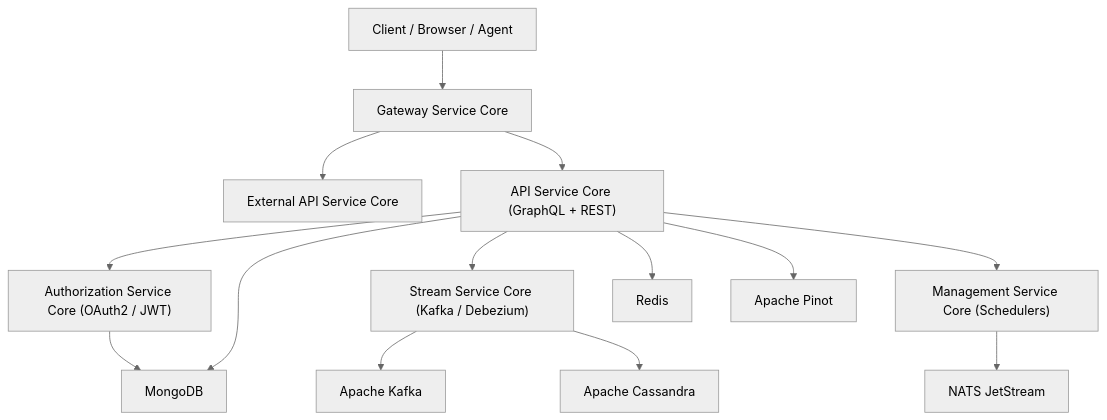
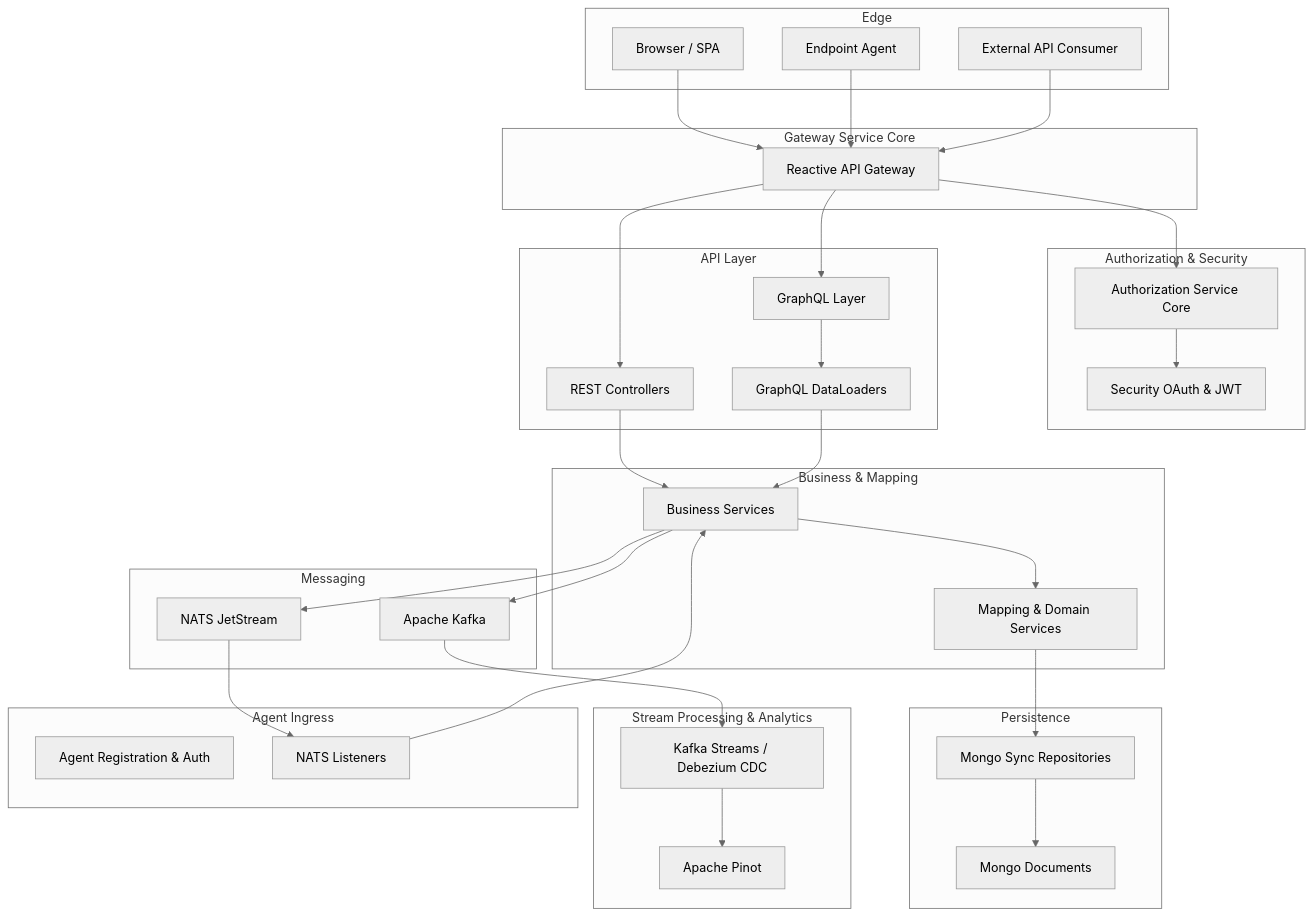
One commit to flamingo-stack/openframe-oss-lib changed the diagram in README.md. Above: the diagram before and after it, drawn with Mermaid (neutral theme). The commit also changed other lines of this file and 2 other files, not shown here.

````diff
--- a/README.md
+++ b/README.md
@@ -42,18 +44,74 @@
 ```mermaid
 flowchart TD
-    Client["Client / Browser / Agent"] --> Gateway["Gateway Service Core"]
-    Gateway --> ExternalAPI["External API Service Core"]
-    Gateway --> ApiCore["API Service Core (GraphQL + REST)"]
+    subgraph Edge["Edge"]
+        Browser["Browser / SPA"]
+        Agent["Endpoint Agent"]
+        External["External API Consumer"]
+    end
 
-    ApiCore --> Authz["Authorization Service Core (OAuth2 / JWT)"]
-    ApiCore --> Stream["Stream Service Core (Kafka / Debezium)"]
-    ApiCore --> Management["Management Service Core (Schedulers)"]
+    subgraph GatewayLayer["Gateway Service Core"]
+        Gateway["Reactive API Gateway"]
+    end
 
-    Authz --> Mongo["MongoDB"]
-    ApiCore --> Mongo
-    ApiCore --> Redis["Redis"]
-    ApiCore --> Pinot["Apache Pinot"]
-    Stream --> Kafka["Apache Kafka"]
-    Stream --> Cassandra["Apache Cassandra"]
-    Management --> NATS["NATS JetStream"]
+    subgraph SecurityLayer["Authorization & Security"]
+        AuthServer["Authorization Service Core"]
+        SecurityCore["Security OAuth & JWT"]
+    end
+
+    subgraph ApiLayer["API Layer"]
+        Rest["REST Controllers"]
+        GraphQL["GraphQL Layer"]
+        DataLoaders["GraphQL DataLoaders"]
+    end
+
+    subgraph DomainLayer["Business & Mapping"]
+        Services["Business Services"]
+        Mapping["Mapping & Domain Services"]
+    end
+
+    subgraph PersistenceLayer["Persistence"]
+        MongoSync["Mongo Sync Repositories"]
+        MongoDocs["Mongo Documents"]
+    end
+
+    subgraph MessagingLayer["Messaging"]
+        Kafka["Apache Kafka"]
+        Nats["NATS JetStream"]
+    end
+
+    subgraph StreamLayer["Stream Processing & Analytics"]
+        StreamCore["Kafka Streams / Debezium CDC"]
+        Pinot["Apache Pinot"]
+    end
+
+    subgraph AgentIngress["Agent Ingress"]
+        AgentAPI["Agent Registration & Auth"]
+        AgentListeners["NATS Listeners"]
+    end
+
+    Browser --> Gateway
+    Agent --> Gateway
+    External --> Gateway
+
+    Gateway --> AuthServer
+    Gateway --> Rest
+    Gateway --> GraphQL
+    AuthServer --> SecurityCore
+
+    Rest --> Services
+    GraphQL --> DataLoaders
+    DataLoaders --> Services
+
+    Services --> Mapping
+    Mapping --> MongoSync
+    MongoSync --> MongoDocs
+
+    Services --> Kafka
+    Services --> Nats
+
+    Kafka --> StreamCore
+    StreamCore --> Pinot
+
+    Nats --> AgentListeners
+    AgentListeners --> Services
 ```
````
